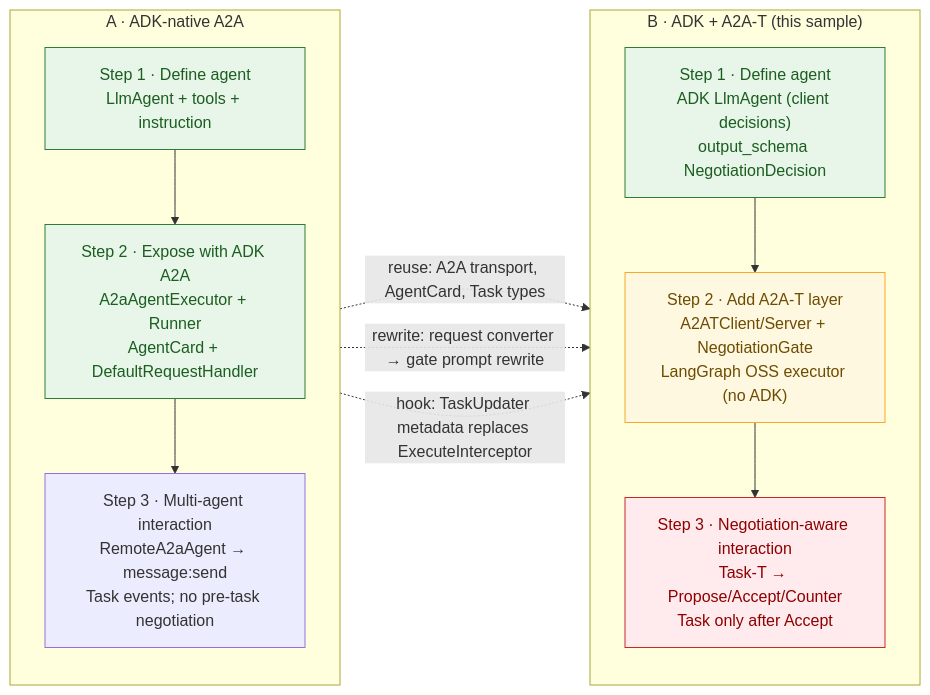
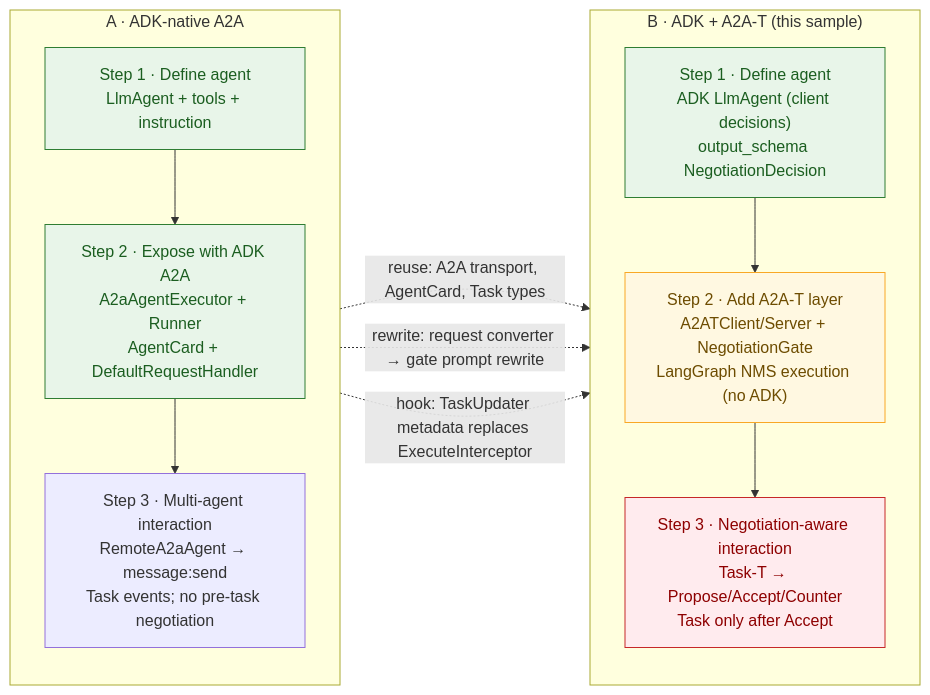
One commit to codetalks-hw/a2a-t-sdk-python changed the seventh of 9 diagrams in a2a-t-sample/ran-energy-saving/README.md. Above: the diagram before and after it, drawn with Mermaid. The commit also changed other lines of this file and 1 other file, not shown here.

First line of the commit message:
docs(ran-sample): add a business view and correct the oss role

````diff
--- a/a2a-t-sample/ran-energy-saving/README.md
+++ b/a2a-t-sample/ran-energy-saving/README.md
@@ -354,29 +391,29 @@
 ```mermaid
 flowchart LR
     subgraph LEFT["A · ADK-native A2A"]
         direction TB
         L1["Step 1 · Define agent<br/>LlmAgent + tools + instruction"]
         L2["Step 2 · Expose with ADK A2A<br/>A2aAgentExecutor + Runner<br/>AgentCard + DefaultRequestHandler"]
         L3["Step 3 · Multi-agent interaction<br/>RemoteA2aAgent → message:send<br/>Task events; no pre-task negotiation"]
         L1 --> L2 --> L3
     end
 
     subgraph RIGHT["B · ADK + A2A-T (this sample)"]
         direction TB
         R1["Step 1 · Define agent<br/>ADK LlmAgent (client decisions)<br/>output_schema NegotiationDecision"]
-        R2["Step 2 · Add A2A-T layer<br/>A2ATClient/Server + NegotiationGate<br/>LangGraph OSS executor (no ADK)"]
+        R2["Step 2 · Add A2A-T layer<br/>A2ATClient/Server + NegotiationGate<br/>LangGraph NMS execution (no ADK)"]
         R3["Step 3 · Negotiation-aware interaction<br/>Task-T → Propose/Accept/Counter<br/>Task only after Accept"]
         R1 --> R2 --> R3
     end
 
     L2 -. "reuse: A2A transport, AgentCard, Task types" .-> R2
     L2 -. "rewrite: request converter → gate prompt rewrite" .-> R2
     L3 -. "hook: TaskUpdater metadata replaces ExecuteInterceptor" .-> R3
 
     classDef reuse fill:#e8f5e9,stroke:#2e7d32,color:#1b5e20;
     classDef hook fill:#fff8e1,stroke:#f9a825,color:#6d4c00;
     classDef rewrite fill:#ffebee,stroke:#c62828,color:#8e0000;
     class L1,L2,R1 reuse;
     class R2 hook;
     class R3 rewrite;
 ```
````
